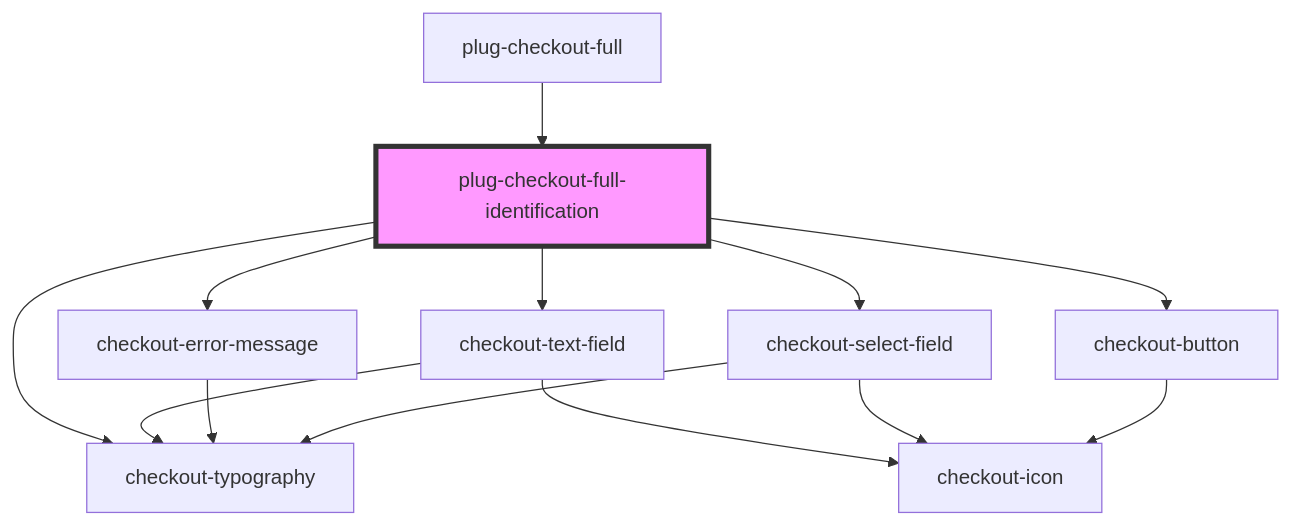
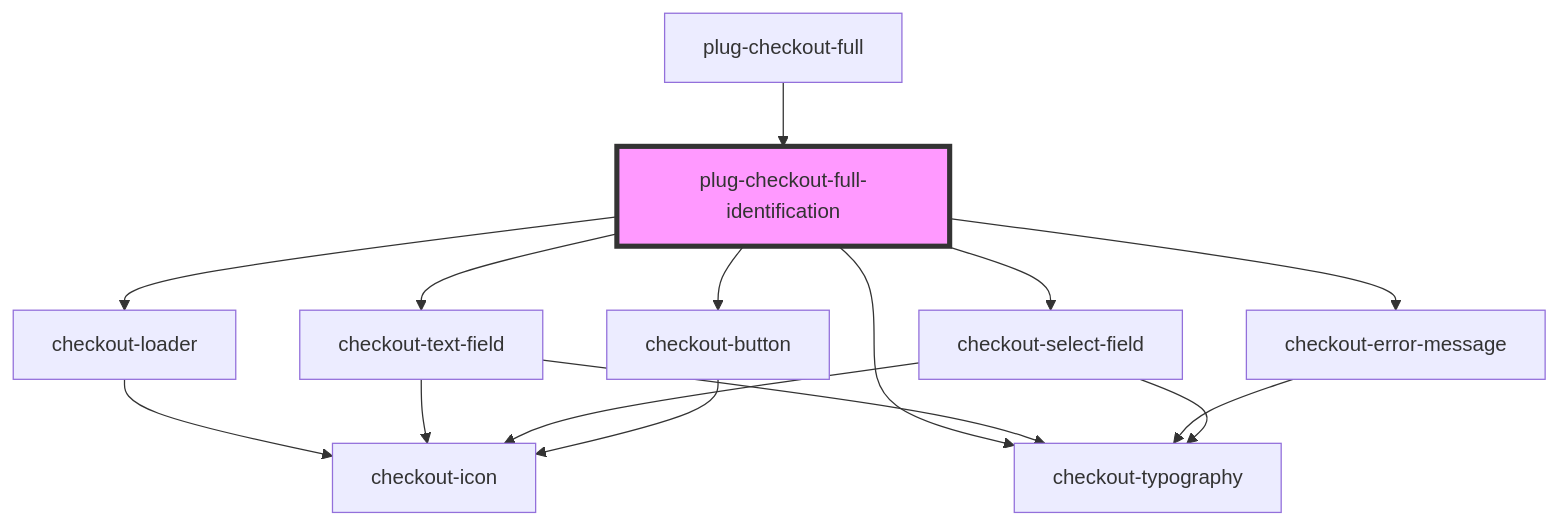
Before and after one commit to plughacker/malga-checkout: the diagram in packages/checkout-full/core/src/components/plug-checkout-full/partials/plug-checkout-full-identification/readme.md, drawn with Mermaid. The commit also changed other lines of this file and 1 other file, not shown here.

Commit message:
fix(optional-fields): fixed checkout full optional fields

````diff
--- a/packages/checkout-full/core/src/components/plug-checkout-full/partials/plug-checkout-full-identification/readme.md
+++ b/packages/checkout-full/core/src/components/plug-checkout-full/partials/plug-checkout-full-identification/readme.md
@@ -40,16 +42,18 @@
 ```mermaid
 graph TD;
+  plug-checkout-full-identification --> checkout-loader
   plug-checkout-full-identification --> checkout-typography
   plug-checkout-full-identification --> checkout-text-field
   plug-checkout-full-identification --> checkout-error-message
   plug-checkout-full-identification --> checkout-select-field
   plug-checkout-full-identification --> checkout-button
+  checkout-loader --> checkout-icon
   checkout-text-field --> checkout-typography
   checkout-text-field --> checkout-icon
   checkout-error-message --> checkout-typography
   checkout-select-field --> checkout-typography
   checkout-select-field --> checkout-icon
   checkout-button --> checkout-icon
   plug-checkout-full --> plug-checkout-full-identification
   style plug-checkout-full-identification fill:#f9f,stroke:#333,stroke-width:4px
 ```
````
